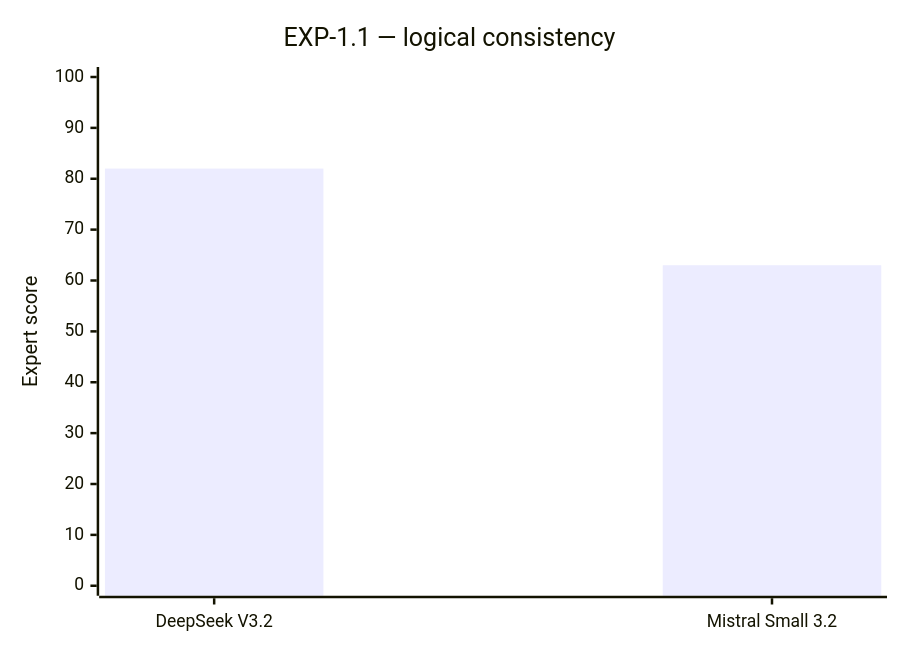
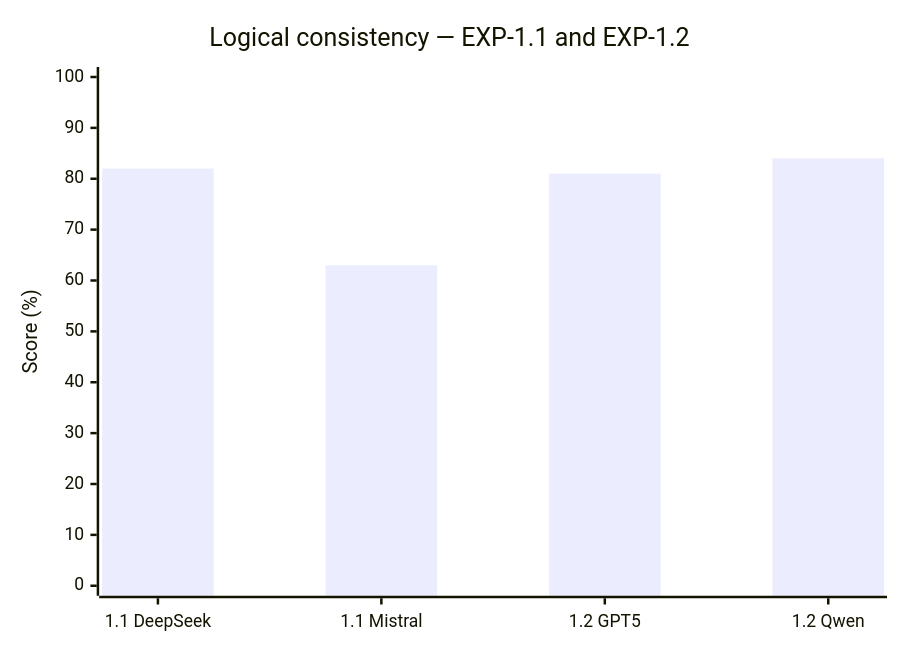
The second of 3 diagrams in research/Aletheon.ExperimentRunner/derived/SCORES_AND_EXPERIMENTS.md (NecroWit/CODEX-DUBITATIONIS), drawn with Mermaid before and after one commit. The commit also changed other lines of this file, not shown here.

Commit message:
Rebuild comparison charts and add observed weighted average token costs through EXP-1.2

````diff
--- a/research/Aletheon.ExperimentRunner/derived/SCORES_AND_EXPERIMENTS.md
+++ b/research/Aletheon.ExperimentRunner/derived/SCORES_AND_EXPERIMENTS.md
@@ -17,7 +17,7 @@
 ```mermaid
 xychart-beta
-    title "EXP-1.1 — logical consistency"
-    x-axis ["DeepSeek V3.2", "Mistral Small 3.2"]
-    y-axis "Expert score" 0 --> 100
-    bar [82, 63]
+    title "Logical consistency — EXP-1.1 and EXP-1.2"
+    x-axis ["1.1 DeepSeek", "1.1 Mistral", "1.2 GPT5", "1.2 Qwen"]
+    y-axis "Score (%)" 0 --> 100
+    bar [82, 63, 81, 84]
 ```
````
